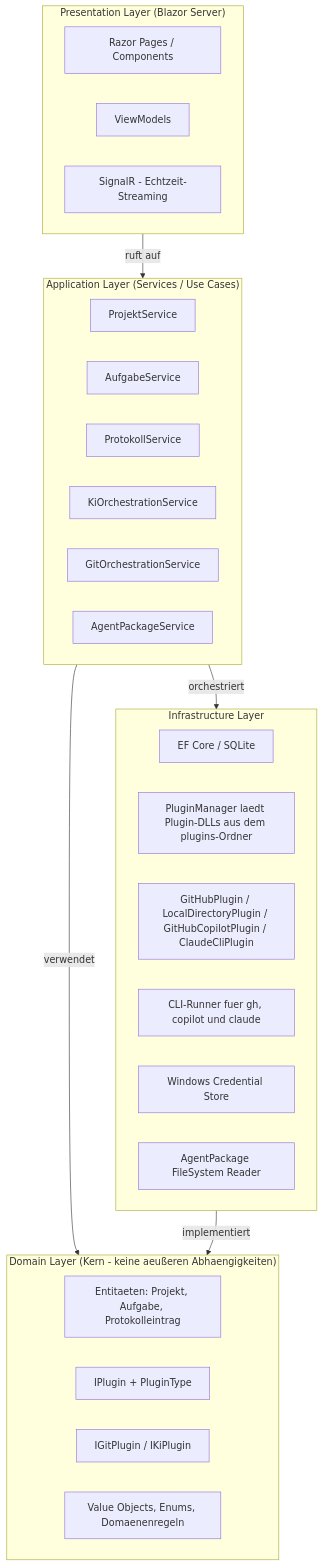
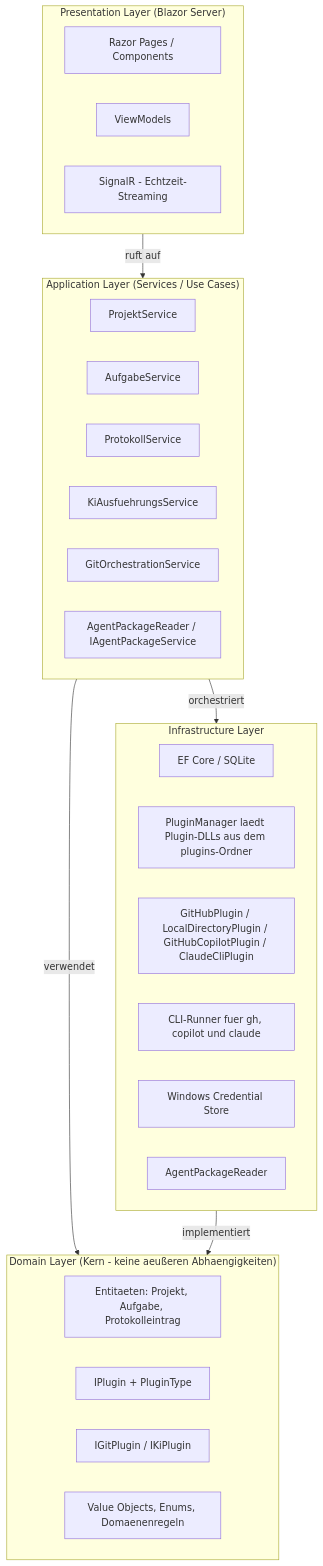
Before and after one commit to martin-stromberg/Softwareschmiede: the diagram in README.md, drawn with Mermaid. The commit also changed other lines of this file and 55 other files, not shown here.

````diff
--- a/README.md
+++ b/README.md
@@ -459,38 +463,38 @@
 ```mermaid
 flowchart TB
     subgraph Presentation["Presentation Layer (Blazor Server)"]
         PRL1["Razor Pages / Components"]
         PRL2["ViewModels"]
         PRL3["SignalR - Echtzeit-Streaming"]
     end
 
     subgraph Application["Application Layer (Services / Use Cases)"]
         APL1["ProjektService"]
         APL2["AufgabeService"]
         APL3["ProtokollService"]
-        APL4["KiOrchestrationService"]
+        APL4["KiAusfuehrungsService"]
         APL5["GitOrchestrationService"]
-        APL6["AgentPackageService"]
+        APL6["AgentPackageReader / IAgentPackageService"]
     end
 
     subgraph Domain["Domain Layer (Kern - keine aeußeren Abhaengigkeiten)"]
         DOL1["Entitaeten: Projekt, Aufgabe, Protokolleintrag"]
         DOL2["IPlugin + PluginType"]
         DOL3["IGitPlugin / IKiPlugin"]
         DOL4["Value Objects, Enums, Domaenenregeln"]
     end
  
     subgraph Infrastructure["Infrastructure Layer"]
         INL1["EF Core / SQLite"]
         INL2["PluginManager laedt Plugin-DLLs aus dem plugins-Ordner"]
         INL3["GitHubPlugin / LocalDirectoryPlugin / GitHubCopilotPlugin / ClaudeCliPlugin"]
         INL4["CLI-Runner fuer gh, copilot und claude"]
         INL5["Windows Credential Store"]
-        INL6["AgentPackage FileSystem Reader"]
+        INL6["AgentPackageReader"]
     end
 
     Presentation -->|ruft auf| Application
     Application -->|verwendet| Domain
     Application -->|orchestriert| Infrastructure
     Infrastructure -->|implementiert| Domain
 ```
````
